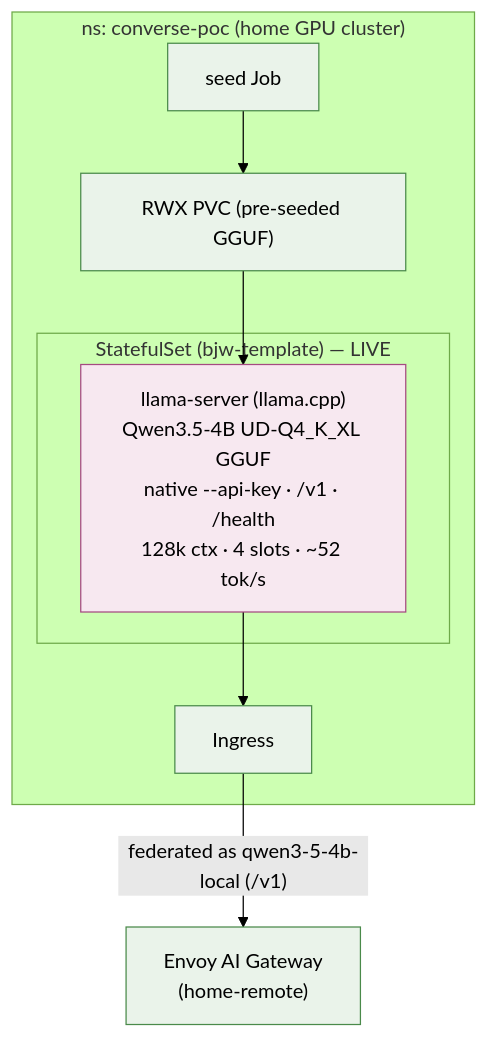
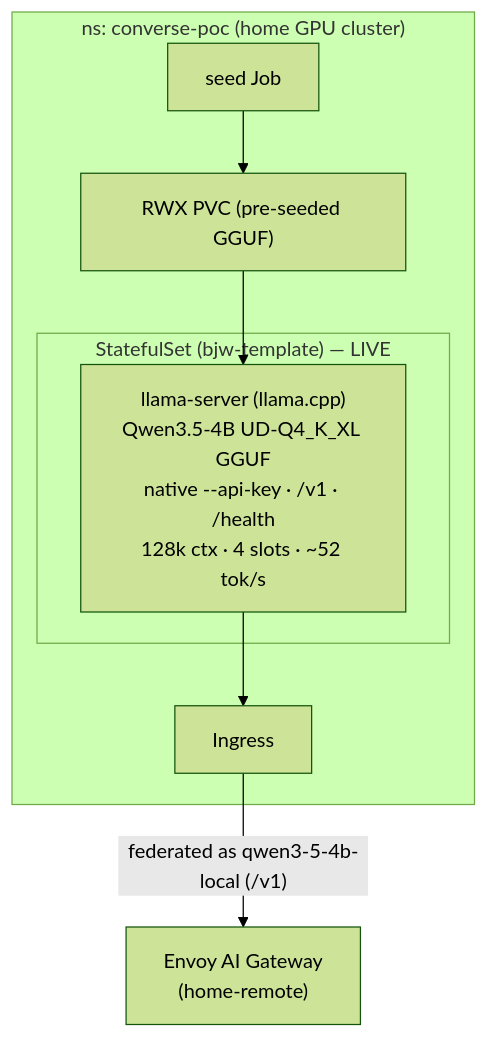
Before and after one commit to ADORSYS-GIS/ai-helm: the third of 4 diagrams in docs/architecture/09-model-serving.md, drawn with Mermaid (forest theme). The commit also changed other lines of this file and 13 other files, not shown here.

First line of the commit message:
docs(architecture): uncolor all mermaid; refresh CD/components; add diagrams

````diff
--- a/docs/architecture/09-model-serving.md
+++ b/docs/architecture/09-model-serving.md
@@ -72,19 +67,17 @@
 ```mermaid
 flowchart TB
     subgraph poc["ns: converse-poc (home GPU cluster)"]
         subgraph ss["StatefulSet (bjw-template) — LIVE"]
-            LS["llama-server (llama.cpp)<br/>Qwen3.5-4B UD-Q4_K_XL GGUF<br/>native --api-key · /v1 · /health<br/>128k ctx · 4 slots · ~52 tok/s"]:::gpu
+            LS["llama-server (llama.cpp)<br/>Qwen3.5-4B UD-Q4_K_XL GGUF<br/>native --api-key · /v1 · /health<br/>128k ctx · 4 slots · ~52 tok/s"]
         end
-        PVC["RWX PVC (pre-seeded GGUF)"]:::own
-        SEED["seed Job"]:::own
-        ING["Ingress"]:::own
+        PVC["RWX PVC (pre-seeded GGUF)"]
+        SEED["seed Job"]
+        ING["Ingress"]
         SEED --> PVC --> LS
         LS --> ING
     end
 
-    GW["Envoy AI Gateway<br/>(home-remote)"]:::own
+    GW["Envoy AI Gateway<br/>(home-remote)"]
     ING -->|"federated as qwen3-5-4b-local (/v1)"| GW
 
-    classDef own fill:#eaf3ea,stroke:#4a8a4a;
-    classDef gpu fill:#f7e8f0,stroke:#a54a81;
 ```
````
